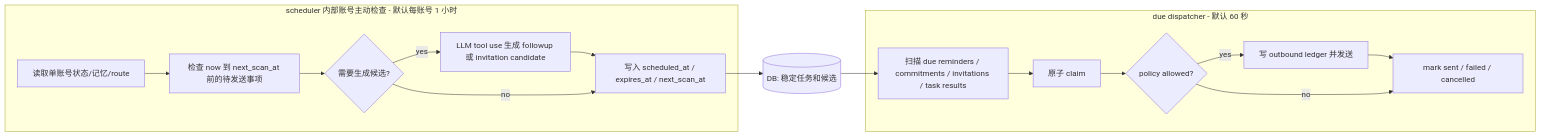
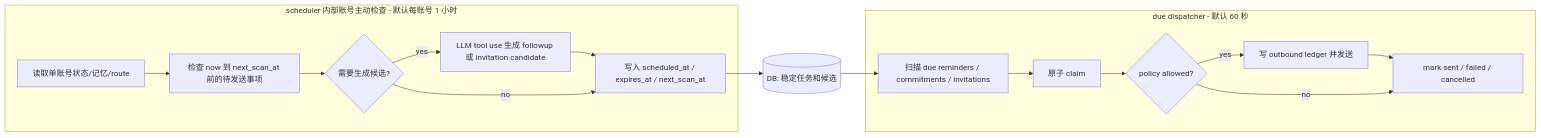
Before and after one commit to zhuoranwu15-create/ai4all_bridge: the second of 3 diagrams in docs/tech_design/proactive_messaging_design.md, drawn with Mermaid. The commit also changed other lines of this file and 27 other files, not shown here.

````diff
--- a/docs/tech_design/proactive_messaging_design.md
+++ b/docs/tech_design/proactive_messaging_design.md
@@ -88,28 +86,28 @@
 ```mermaid
 flowchart LR
     subgraph AC["scheduler 内部账号主动检查 - 默认每账号 1 小时"]
         H1[读取单账号状态/记忆/route]
         H2[检查 now 到 next_scan_at 前的待发送事项]
         H3{需要生成候选?}
         H4[LLM tool use 生成 followup 或 invitation candidate]
         H5[写入 scheduled_at / expires_at / next_scan_at]
         H1 --> H2 --> H3
         H3 -->|yes| H4 --> H5
         H3 -->|no| H5
     end
 
     subgraph DD["due dispatcher - 默认 60 秒"]
-        D1[扫描 due reminders / commitments / invitations / task results]
+        D1[扫描 due reminders / commitments / invitations]
         D2[原子 claim]
         D3{policy allowed?}
         D4[写 outbound ledger 并发送]
         D5[mark sent / failed / cancelled]
         D1 --> D2 --> D3
         D3 -->|yes| D4 --> D5
         D3 -->|no| D5
     end
 
     Store[(DB: 稳定任务和候选)]
     H5 --> Store
     Store --> D1
 ```
````
